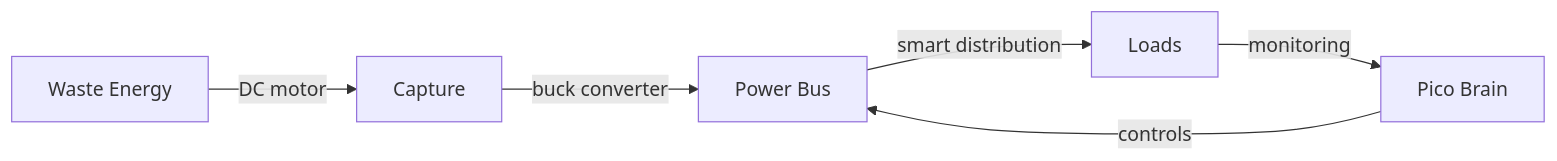
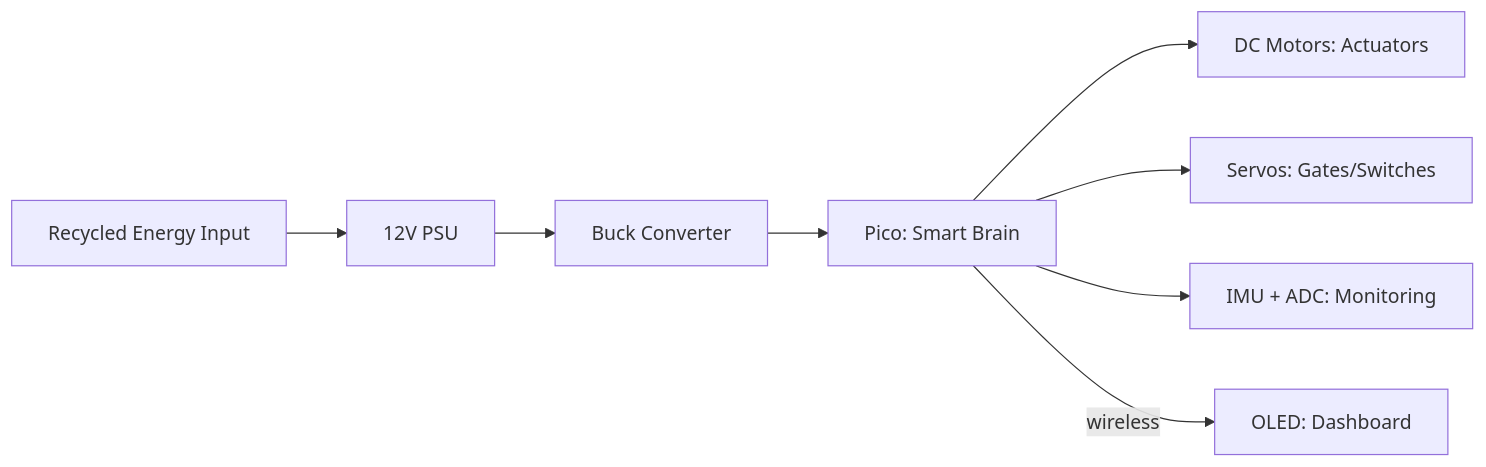
Before and after one commit to doyun-gu/hack-a-bot-2026: the first of 11 diagrams in docs/gridbox-proposal.md, drawn with Mermaid. The commit also changed other lines of this file, not shown here.

First line of the commit message:
Revise GridBox: power input assumed, motors as actuators

````diff
--- a/docs/gridbox-proposal.md
+++ b/docs/gridbox-proposal.md
@@ -16,8 +16,10 @@
 ```mermaid
 graph LR
-    A[Waste Energy] -->|DC motor| B[Capture]
-    B -->|buck converter| C[Power Bus]
-    C -->|smart distribution| D[Loads]
-    D -->|monitoring| E[Pico Brain]
-    E -->|controls| C
+    RECYCLE[Recycled Energy Input] --> PSU[12V PSU]
+    PSU --> BUCK[Buck Converter]
+    BUCK --> PICO[Pico: Smart Brain]
+    PICO --> MOTORS[DC Motors: Actuators]
+    PICO --> SERVOS[Servos: Gates/Switches]
+    PICO --> SENSORS[IMU + ADC: Monitoring]
+    PICO -->|wireless| SCADA[OLED: Dashboard]
 ```
````
